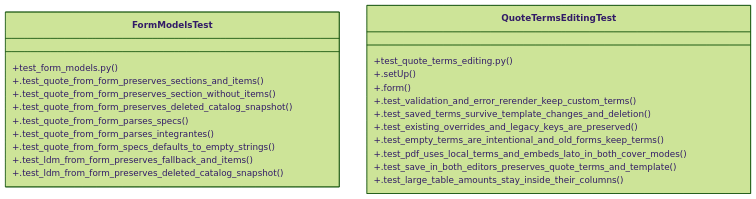
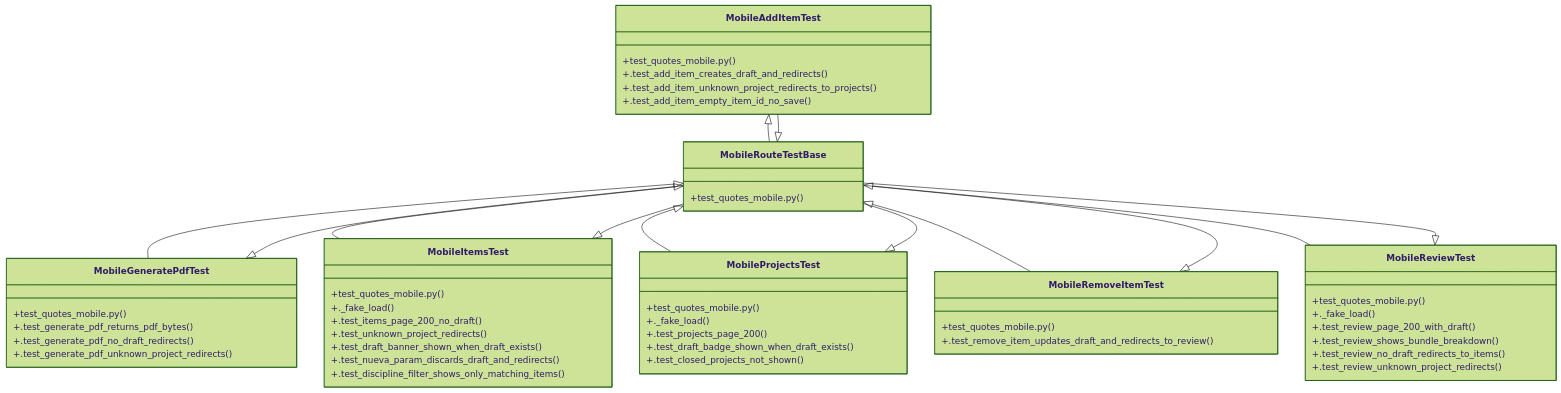
One commit to Daftrick/ProjectTracker changed the diagram in graphify-out/wiki/Community_13.md. Above: the diagram before and after it, drawn with Mermaid (forest theme). The commit also changed other lines of this file and 544 other files, not shown here.

````diff
--- a/graphify-out/wiki/Community_13.md
+++ b/graphify-out/wiki/Community_13.md
@@ -36,26 +36,58 @@
 ```mermaid
 classDiagram
-    class FormModelsTest {
-        +test_form_models.py()
-        +.test_quote_from_form_preserves_sections_and_items()
-        +.test_quote_from_form_preserves_section_without_items()
-        +.test_quote_from_form_preserves_deleted_catalog_snapshot()
-        +.test_quote_from_form_parses_specs()
-        +.test_quote_from_form_parses_integrantes()
-        +.test_quote_from_form_specs_defaults_to_empty_strings()
-        +.test_ldm_from_form_preserves_fallback_and_items()
-        +.test_ldm_from_form_preserves_deleted_catalog_snapshot()
+    class MobileAddItemTest {
+        +test_quotes_mobile.py()
+        +.test_add_item_creates_draft_and_redirects()
+        +.test_add_item_unknown_project_redirects_to_projects()
+        +.test_add_item_empty_item_id_no_save()
     }
-    class QuoteTermsEditingTest {
-        +test_quote_terms_editing.py()
-        +.setUp()
-        +.form()
-        +.test_validation_and_error_rerender_keep_custom_terms()
-        +.test_saved_terms_survive_template_changes_and_deletion()
-        +.test_existing_overrides_and_legacy_keys_are_preserved()
-        +.test_empty_terms_are_intentional_and_old_forms_keep_terms()
-        +.test_pdf_uses_local_terms_and_embeds_lato_in_both_cover_modes()
-        +.test_save_in_both_editors_preserves_quote_terms_and_template()
-        +.test_large_table_amounts_stay_inside_their_columns()
+    class MobileGeneratePdfTest {
+        +test_quotes_mobile.py()
+        +.test_generate_pdf_returns_pdf_bytes()
+        +.test_generate_pdf_no_draft_redirects()
+        +.test_generate_pdf_unknown_project_redirects()
     }
+    class MobileItemsTest {
+        +test_quotes_mobile.py()
+        +._fake_load()
+        +.test_items_page_200_no_draft()
+        +.test_unknown_project_redirects()
+        +.test_draft_banner_shown_when_draft_exists()
+        +.test_nueva_param_discards_draft_and_redirects()
+        +.test_discipline_filter_shows_only_matching_items()
+    }
+    class MobileProjectsTest {
+        +test_quotes_mobile.py()
+        +._fake_load()
+        +.test_projects_page_200()
+        +.test_draft_badge_shown_when_draft_exists()
+        +.test_closed_projects_not_shown()
+    }
+    class MobileRemoveItemTest {
+        +test_quotes_mobile.py()
+        +.test_remove_item_updates_draft_and_redirects_to_review()
+    }
+    class MobileReviewTest {
+        +test_quotes_mobile.py()
+        +._fake_load()
+        +.test_review_page_200_with_draft()
+        +.test_review_shows_bundle_breakdown()
+        +.test_review_no_draft_redirects_to_items()
+        +.test_review_unknown_project_redirects()
+    }
+    class MobileRouteTestBase {
+        +test_quotes_mobile.py()
+    }
+    MobileRouteTestBase <|-- MobileAddItemTest
+    MobileRouteTestBase <|-- MobileGeneratePdfTest
+    MobileRouteTestBase <|-- MobileItemsTest
+    MobileRouteTestBase <|-- MobileProjectsTest
+    MobileRouteTestBase <|-- MobileRemoveItemTest
+    MobileRouteTestBase <|-- MobileReviewTest
+    MobileProjectsTest <|-- MobileRouteTestBase
+    MobileItemsTest <|-- MobileRouteTestBase
+    MobileAddItemTest <|-- MobileRouteTestBase
+    MobileRemoveItemTest <|-- MobileRouteTestBase
+    MobileReviewTest <|-- MobileRouteTestBase
+    MobileGeneratePdfTest <|-- MobileRouteTestBase
 ```
````
